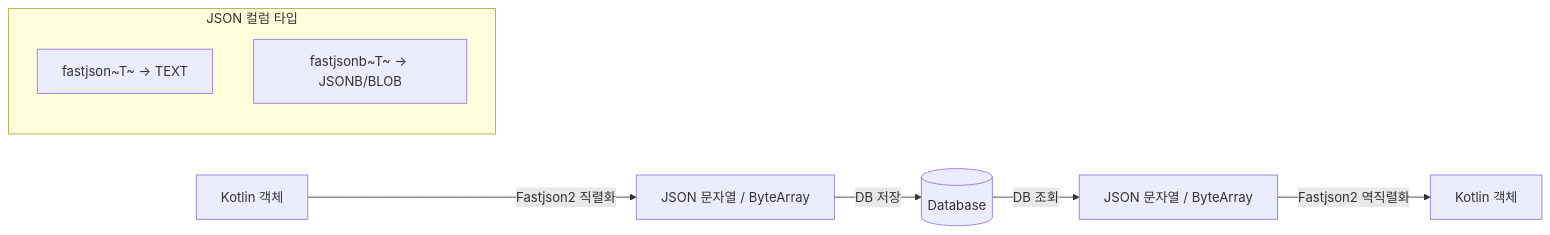
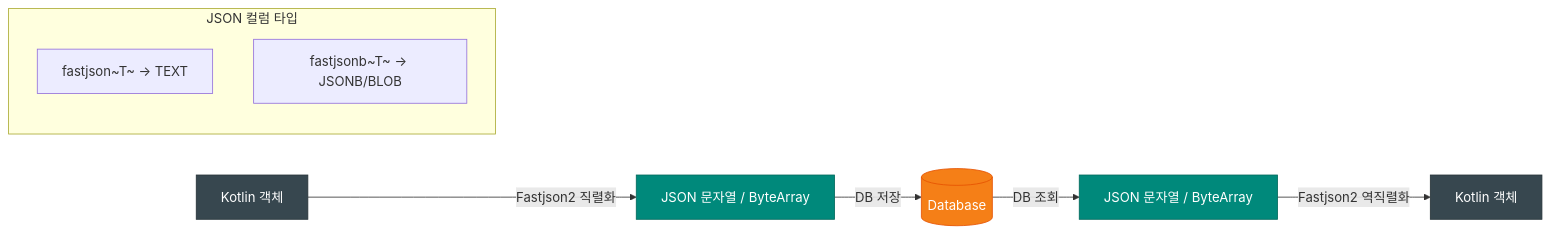
Before and after one commit to bluetape4k/bluetape4k-projects: the third of 3 diagrams in data/exposed-fastjson2/README.ko.md, drawn with Mermaid. The commit also changed other lines of this file and 221 other files, not shown here.

First line of the commit message:
docs: 전체 모듈 README UML 다이어그램 보강 및 색상 업그레이드

````diff
--- a/data/exposed-fastjson2/README.ko.md
+++ b/data/exposed-fastjson2/README.ko.md
@@ -187,12 +196,22 @@
 ```mermaid
 flowchart LR
     A[Kotlin 객체] -->|Fastjson2 직렬화| B[JSON 문자열 / ByteArray]
     B -->|DB 저장| C[(Database)]
     C -->|DB 조회| D[JSON 문자열 / ByteArray]
     D -->|Fastjson2 역직렬화| E[Kotlin 객체]
 
     subgraph JSON 컬럼 타입
         F["fastjson~T~ → TEXT"]
         G["fastjsonb~T~ → JSONB/BLOB"]
     end
+
+    classDef objectStyle fill:#37474F,stroke:#263238,color:#FFFFFF
+    classDef processStyle fill:#00897B,stroke:#00695C,color:#FFFFFF
+    classDef dbStyle fill:#F57F17,stroke:#E65100,color:#FFFFFF
+
+    class A objectStyle
+    class E objectStyle
+    class B processStyle
+    class D processStyle
+    class C dbStyle
 ```
````
